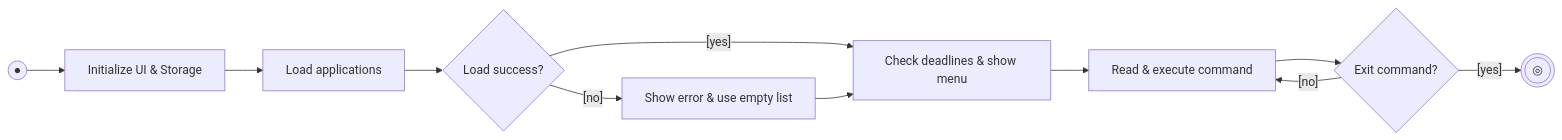
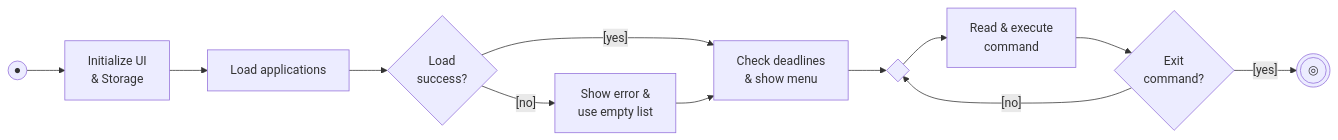
Before and after one commit to AY2627S1-CS2113-T10-2/tp: the second of 22 diagrams in docs/DeveloperGuide.md, drawn with Mermaid. The commit also changed other lines of this file, not shown here.

First line of the commit message:
docs: standardize architecture diagram design and add manual testing output examples

````diff
--- a/docs/DeveloperGuide.md
+++ b/docs/DeveloperGuide.md
@@ -83,12 +71,14 @@
 ```mermaid
 flowchart LR
-    Start((●)) --> Init[Initialize UI & Storage]
-    Init --> Load[Load applications]
-    Load --> CheckLoad{"Load success?"}
-    CheckLoad -- "[yes]" --> Warn[Check deadlines & show menu]
-    CheckLoad -- "[no]" --> Fallback[Show error & use empty list] --> Warn
-    Warn --> Read[Read & execute command]
-    Read --> CheckExit{"Exit command?"}
-    CheckExit -- "[no]" --> Read
-    CheckExit -- "[yes]" --> End(((◎)))
+    Start((●)) --> Init["Initialize UI<br/>& Storage"]
+    Init --> Load["Load applications"]
+    Load --> CheckLoad{"Load<br/>success?"}
+    CheckLoad -->|"[yes]"| Warn["Check deadlines<br/>& show menu"]
+    CheckLoad -->|"[no]"| Fallback["Show error &<br/>use empty list"]
+    Fallback --> Warn
+    Warn --> MergeRead{ }
+    MergeRead --> Read["Read & execute<br/>command"]
+    Read --> CheckExit{"Exit<br/>command?"}
+    CheckExit -->|"[no]"| MergeRead
+    CheckExit -->|"[yes]"| End(((◎)))
 ```
````
